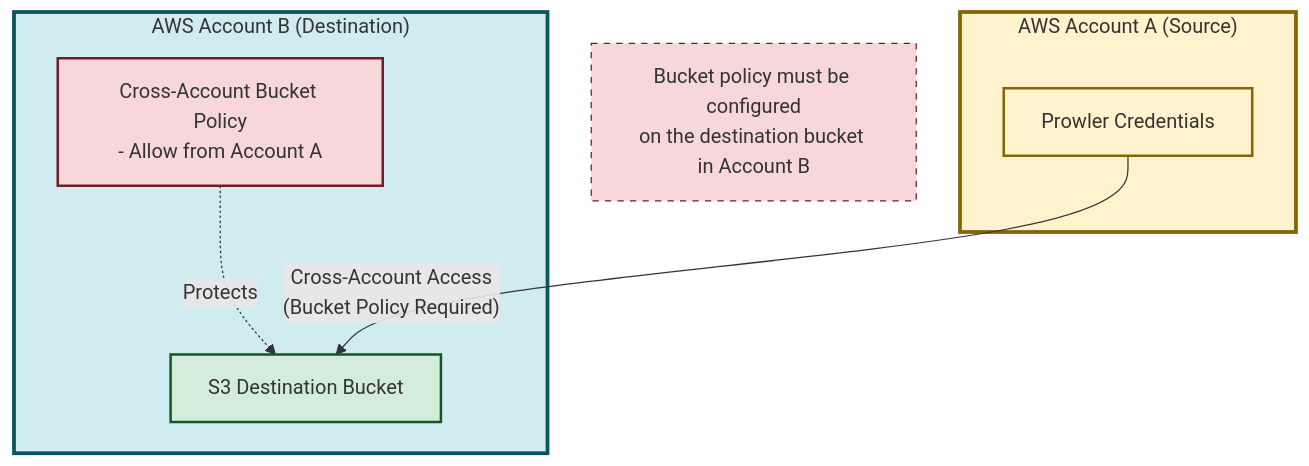
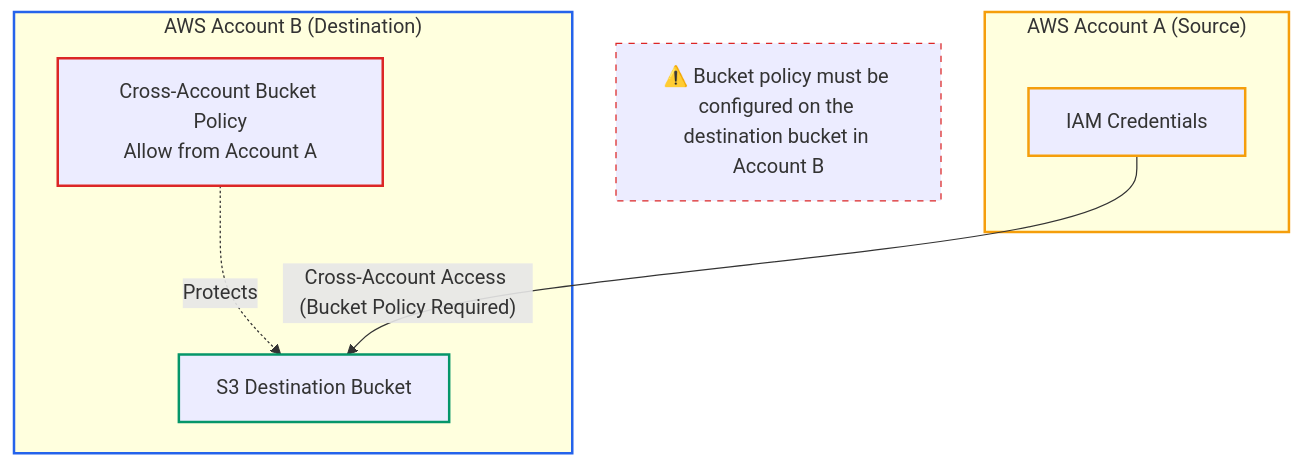
One commit to prowler-cloud/prowler changed the second of 3 diagrams in docs/tutorials/prowler-app-s3-integration.md. Above: the diagram before and after it, drawn with Mermaid. The commit also changed other lines of this file, not shown here.

````diff
--- a/docs/tutorials/prowler-app-s3-integration.md
+++ b/docs/tutorials/prowler-app-s3-integration.md
@@ -151,24 +143,24 @@
 ```mermaid
 graph TB
     subgraph AccountA["AWS Account A (Source)"]
-        RoleA["Prowler Credentials<br/>"]
+        RoleA["IAM Credentials"]
     end
 
     subgraph AccountB["AWS Account B (Destination)"]
         BucketB["S3 Destination Bucket"]
-        PolicyB["Cross-Account Bucket Policy<br/>- Allow from Account A"]
+        PolicyB["Cross-Account Bucket Policy<br/>Allow from Account A"]
 
         PolicyB -.->|"Protects"| BucketB
     end
 
-    RoleA -->|" Cross-Account Access<br/>(Bucket Policy Required)"| BucketB
+    RoleA -->|"Cross-Account Access (Bucket Policy Required)"| BucketB
 
-    Warning["Bucket policy must be configured<br/>on the destination bucket in Account B"]
+    Warning["⚠️ Bucket policy must be configured on the destination bucket in Account B"]
 
-    style AccountA fill:#fff3cd,stroke:#856404,stroke-width:3px
-    style AccountB fill:#d1ecf1,stroke:#0c5460,stroke-width:3px
-    style RoleA fill:#fff3cd,stroke:#856404,stroke-width:2px
-    style BucketB fill:#d4edda,stroke:#155724,stroke-width:2px
-    style PolicyB fill:#f8d7da,stroke:#721c24,stroke-width:2px
-    style Warning fill:#f8d7da,stroke:#721c24,stroke-width:1px,stroke-dasharray: 5 5
+    style AccountA stroke:#f59e0b,stroke-width:2px
+    style AccountB stroke:#2563eb,stroke-width:2px
+    style RoleA stroke:#f59e0b,stroke-width:2px
+    style BucketB stroke:#059669,stroke-width:2px
+    style PolicyB stroke:#dc2626,stroke-width:2px
+    style Warning stroke:#dc2626,stroke-width:1px,stroke-dasharray: 5 5
 ```
````
